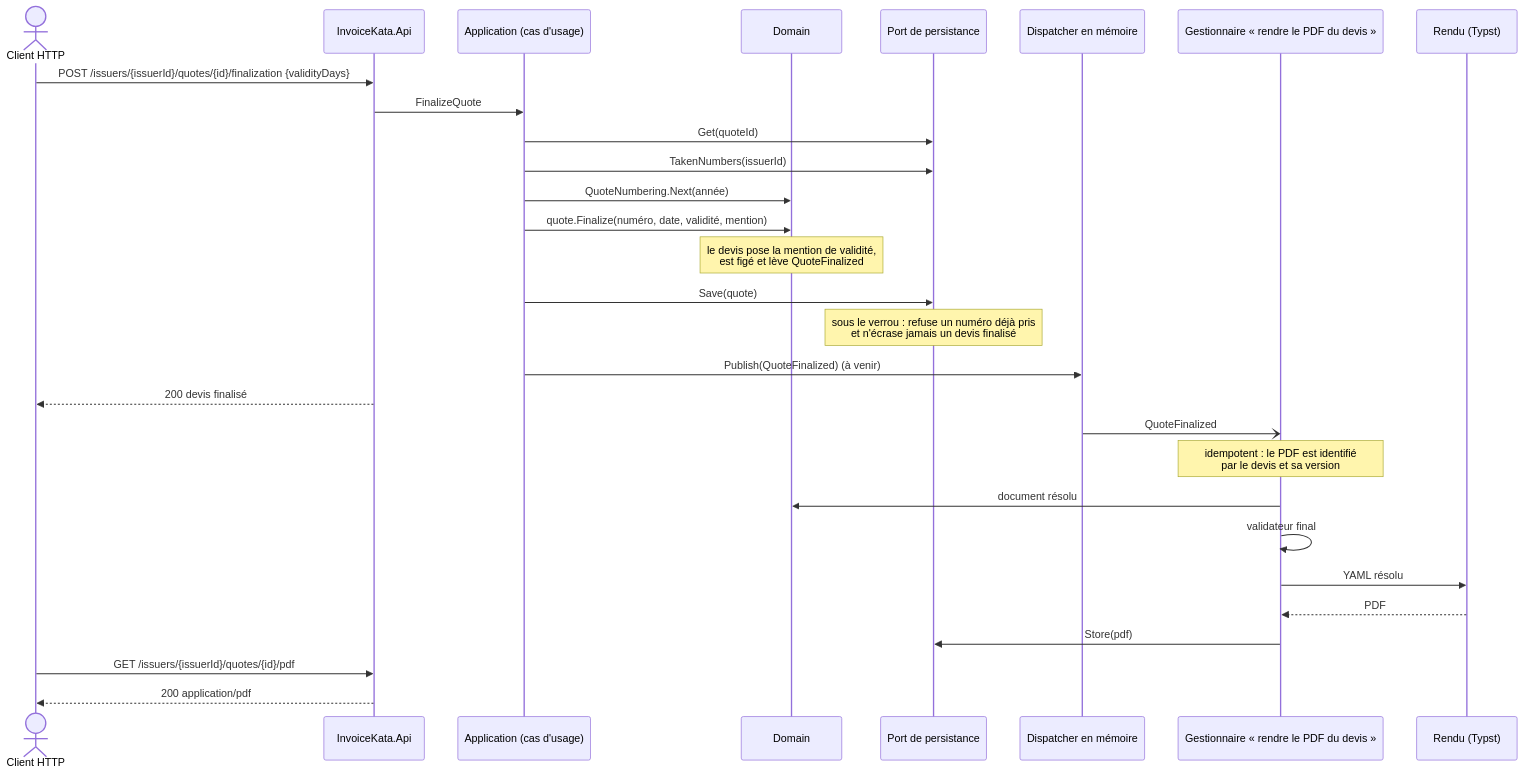
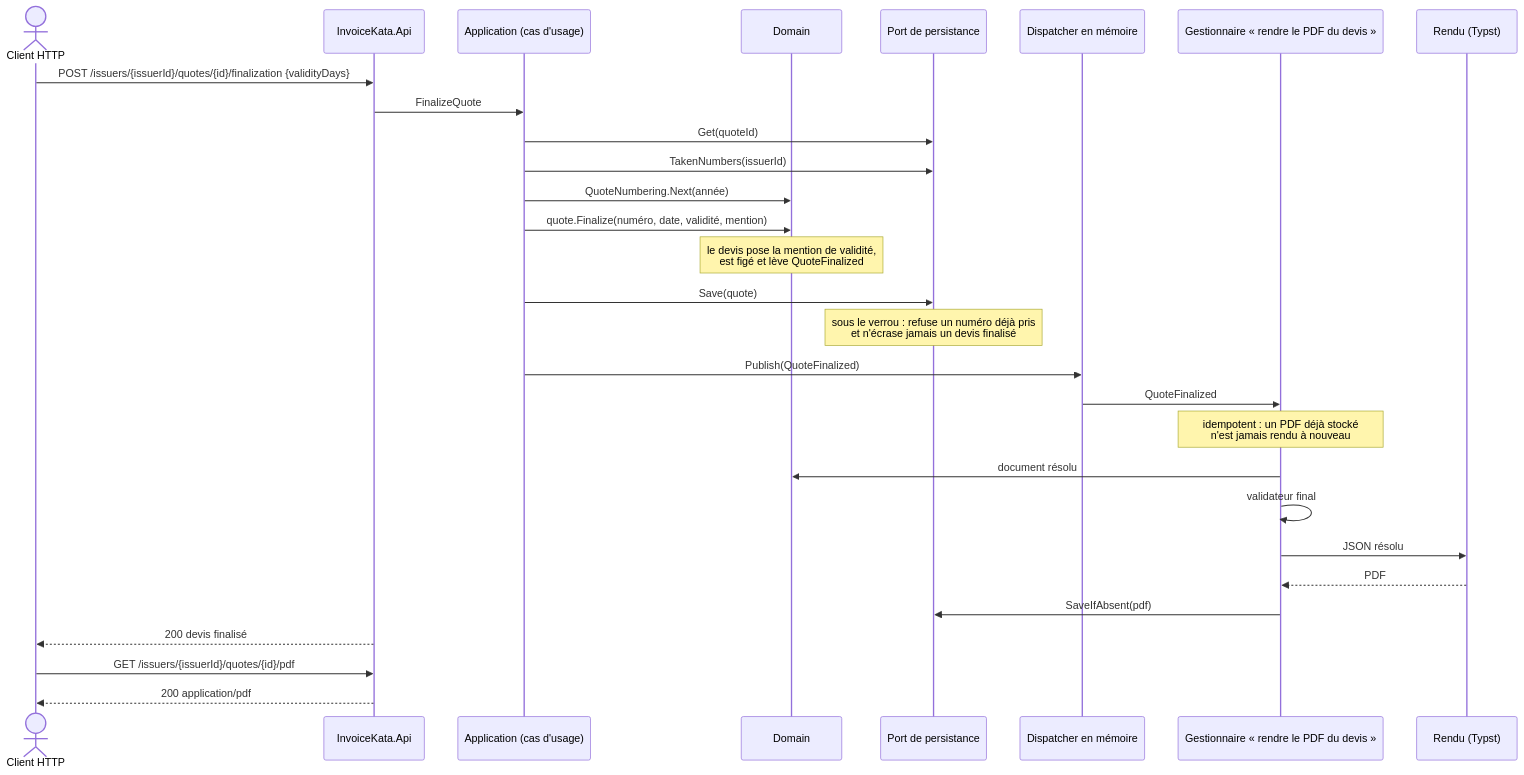
One commit to SamirZebbouche/InvoiceKata changed the second of 2 diagrams in docs/API.md. Above: the diagram before and after it, drawn with Mermaid. The commit also changed other lines of this file and 11 other files, not shown here.

First line of the commit message:
feat: download the PDF of a finalized quote, rendered in the CI too

````diff
--- a/docs/API.md
+++ b/docs/API.md
@@ -109,34 +112,33 @@
 ```mermaid
 sequenceDiagram
     actor U as Client HTTP
     participant API as InvoiceKata.Api
     participant UC as Application (cas d'usage)
     participant D as Domain
     participant R as Port de persistance
     participant E as Dispatcher en mémoire
     participant H as Gestionnaire « rendre le PDF du devis »
     participant T as Rendu (Typst)
 
     U->>API: POST /issuers/{issuerId}/quotes/{id}/finalization {validityDays}
     API->>UC: FinalizeQuote
     UC->>R: Get(quoteId)
     UC->>R: TakenNumbers(issuerId)
     UC->>D: QuoteNumbering.Next(année)
     UC->>D: quote.Finalize(numéro, date, validité, mention)
     Note over D: le devis pose la mention de validité,<br/>est figé et lève QuoteFinalized
     UC->>R: Save(quote)
     Note over R: sous le verrou : refuse un numéro déjà pris<br/>et n'écrase jamais un devis finalisé
-    UC->>E: Publish(QuoteFinalized) (à venir)
-    API-->>U: 200 devis finalisé
-
-    E-)H: QuoteFinalized
-    Note over H: idempotent : le PDF est identifié<br/>par le devis et sa version
+    UC->>E: Publish(QuoteFinalized)
+    E->>H: QuoteFinalized
+    Note over H: idempotent : un PDF déjà stocké<br/>n'est jamais rendu à nouveau
     H->>D: document résolu
     H->>H: validateur final
-    H->>T: YAML résolu
+    H->>T: JSON résolu
     T-->>H: PDF
-    H->>R: Store(pdf)
+    H->>R: SaveIfAbsent(pdf)
+    API-->>U: 200 devis finalisé
 
     U->>API: GET /issuers/{issuerId}/quotes/{id}/pdf
     API-->>U: 200 application/pdf
 ```
````
